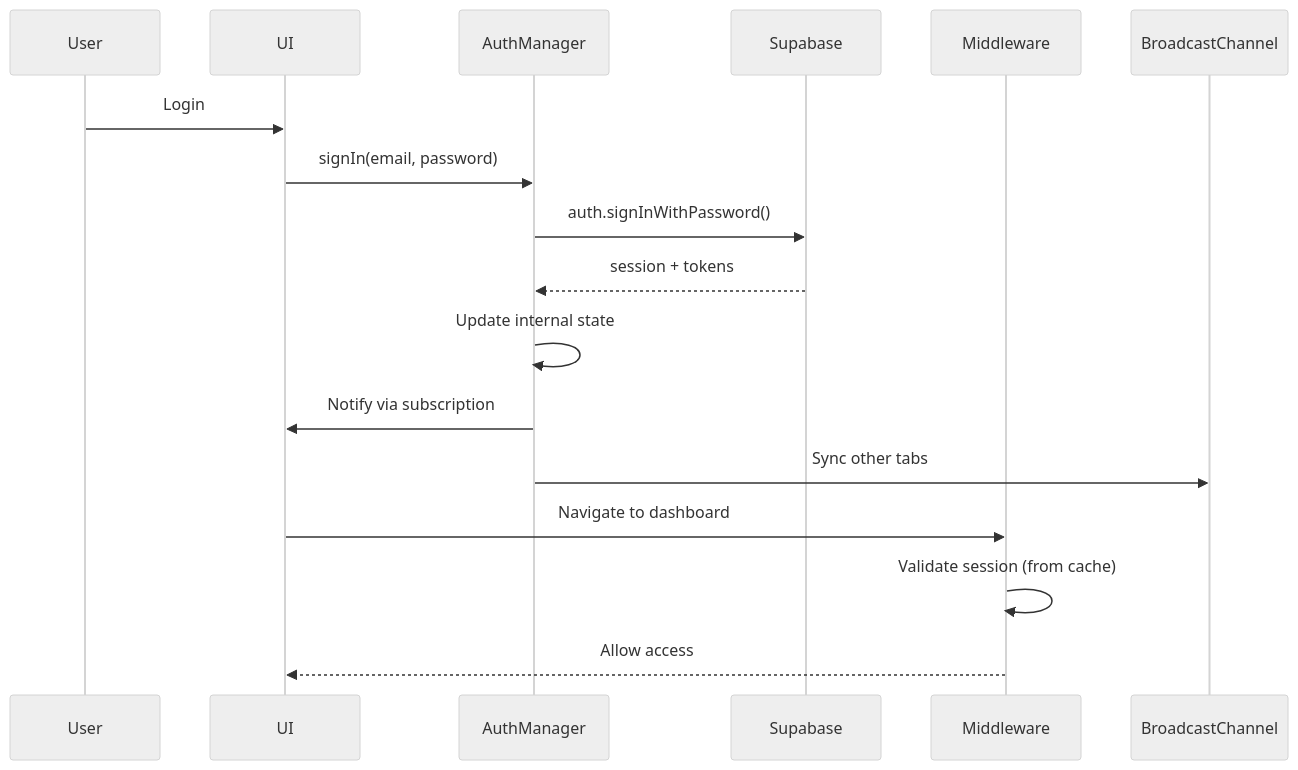
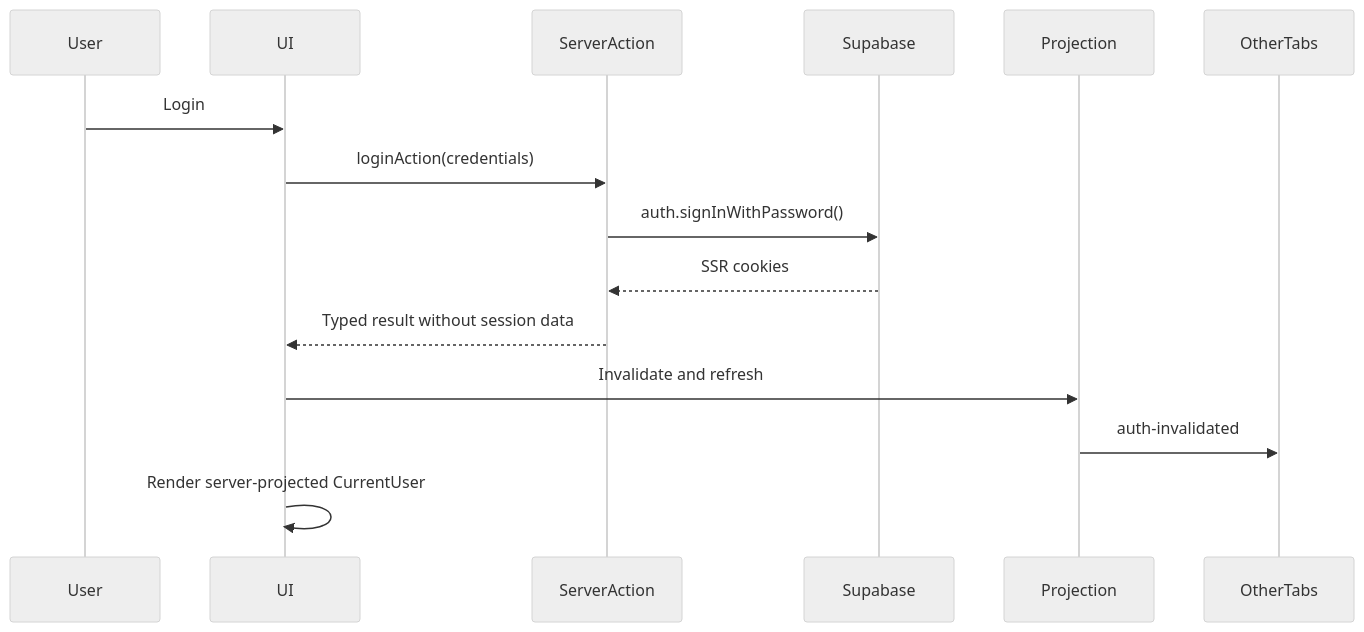
One commit to devchemical/Keepel changed the second of 6 diagrams in README.md. Above: the diagram before and after it, drawn with Mermaid (neutral theme). The commit also changed other lines of this file and 12 other files, not shown here.

````diff
--- a/README.md
+++ b/README.md
@@ -156,19 +153,18 @@
 ```mermaid
 sequenceDiagram
     participant User
     participant UI
-    participant AuthManager
+    participant ServerAction
     participant Supabase
-    participant Middleware
+    participant Projection
+    participant OtherTabs
 
     User->>UI: Login
-    UI->>AuthManager: signIn(email, password)
-    AuthManager->>Supabase: auth.signInWithPassword()
-    Supabase-->>AuthManager: session + tokens
-    AuthManager->>AuthManager: Update internal state
-    AuthManager->>UI: Notify via subscription
-    AuthManager->>BroadcastChannel: Sync other tabs
-    UI->>Middleware: Navigate to dashboard
-    Middleware->>Middleware: Validate session (from cache)
-    Middleware-->>UI: Allow access
+    UI->>ServerAction: loginAction(credentials)
+    ServerAction->>Supabase: auth.signInWithPassword()
+    Supabase-->>ServerAction: SSR cookies
+    ServerAction-->>UI: Typed result without session data
+    UI->>Projection: Invalidate and refresh
+    Projection->>OtherTabs: auth-invalidated
+    UI->>UI: Render server-projected CurrentUser
 ```
````
